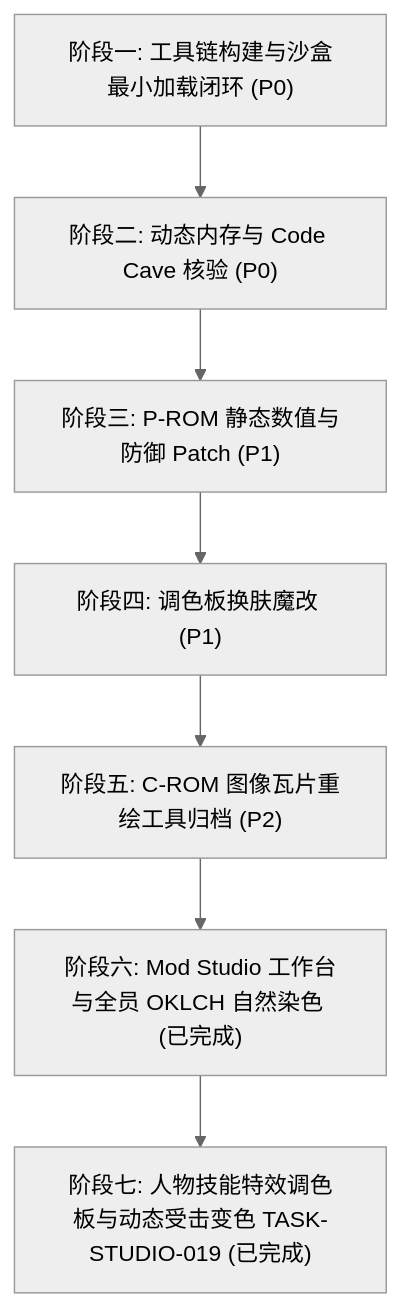
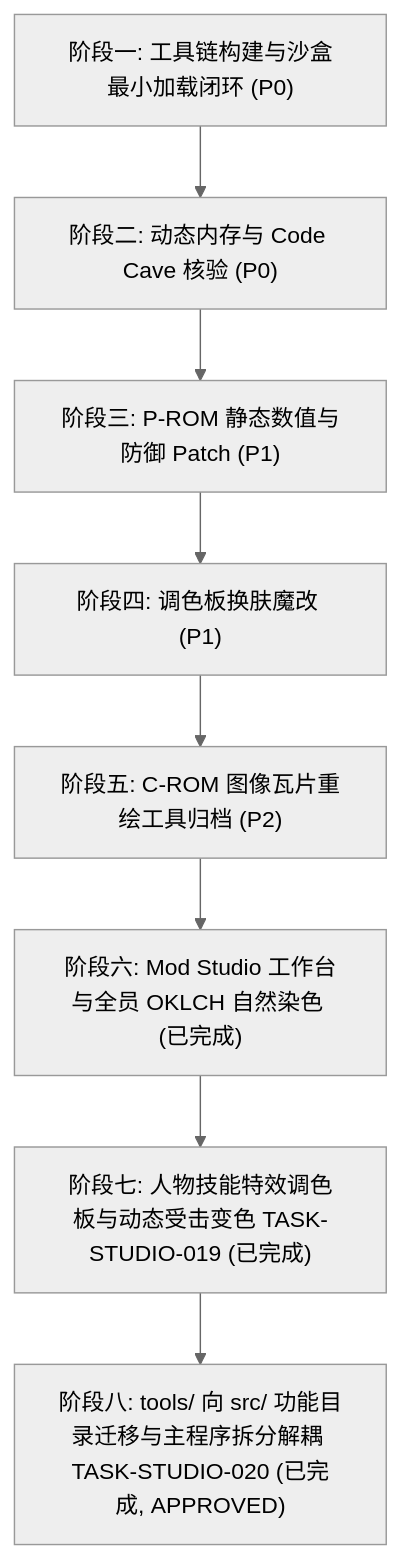
Before and after one commit to yxiaojiang/REA_KOK97: the diagram in Plan.md, drawn with Mermaid (neutral theme). The commit also changed other lines of this file and 57 other files, not shown here.

Commit message:
refactor(studio): migrate tools/ to 5-layer src/ architecture (TASK-STUDIO-020)

````diff
--- a/Plan.md
+++ b/Plan.md
@@ -11,9 +11,10 @@
 ```mermaid
 flowchart TD
     P1["阶段一: 工具链构建与沙盒最小加载闭环 (P0)"] --> P2["阶段二: 动态内存与 Code Cave 核验 (P0)"]
     P2 --> P3["阶段三: P-ROM 静态数值与防御 Patch (P1)"]
     P3 --> P4["阶段四: 调色板换肤魔改 (P1)"]
     P4 --> P5["阶段五: C-ROM 图像瓦片重绘工具归档 (P2)"]
     P5 --> P6["阶段六: Mod Studio 工作台与全员 OKLCH 自然染色 (已完成)"]
     P6 --> P7["阶段七: 人物技能特效调色板与动态受击变色 TASK-STUDIO-019 (已完成)"]
+    P7 --> P8["阶段八: tools/ 向 src/ 功能目录迁移与主程序拆分解耦 TASK-STUDIO-020 (已完成, APPROVED)"]
 ```
````
